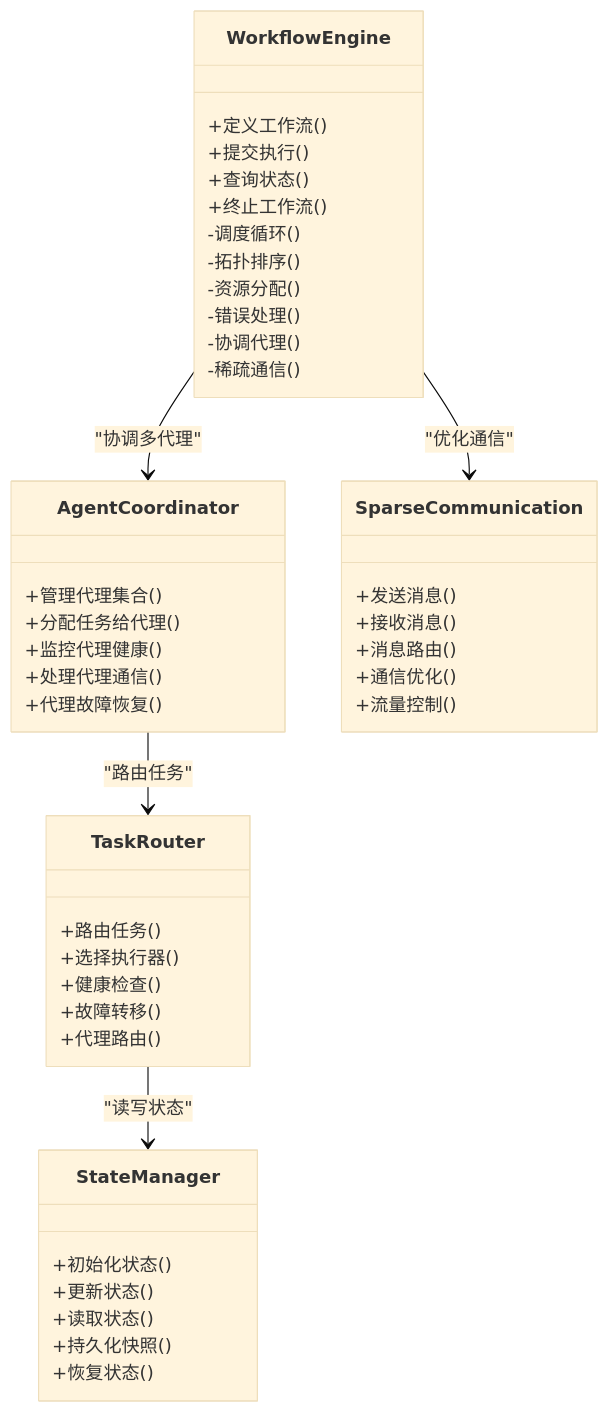
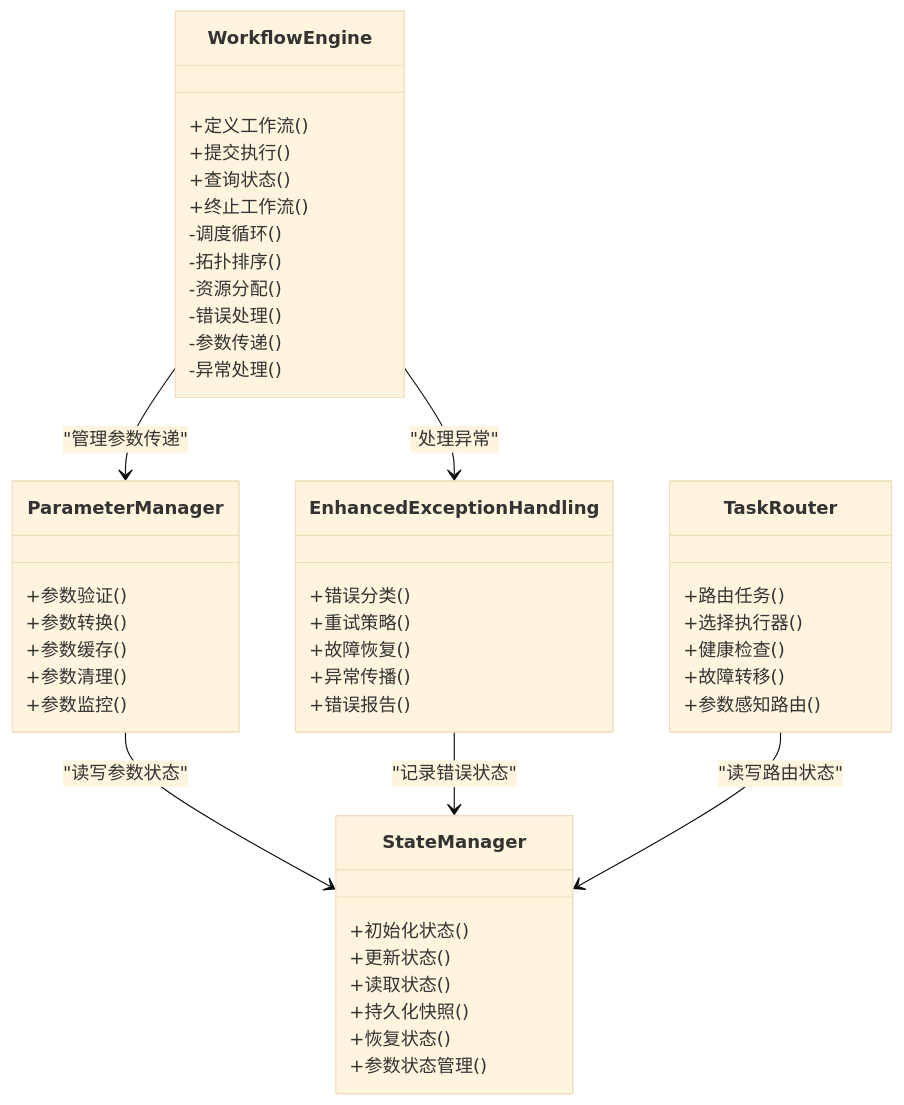
Before and after one commit to QuStarry/VIB-SparseCommunication: the third of 6 diagrams in .qoder/repowiki/zh/content/核心架构/工作流引擎.md, drawn with Mermaid (base theme). The commit also changed other lines of this file and 31 other files, not shown here.

````diff
--- a/.qoder/repowiki/zh/content/核心架构/工作流引擎.md
+++ b/.qoder/repowiki/zh/content/核心架构/工作流引擎.md
@@ -253,47 +254,49 @@
 ```mermaid
 classDiagram
 class WorkflowEngine {
 +定义工作流()
 +提交执行()
 +查询状态()
 +终止工作流()
 -调度循环()
 -拓扑排序()
 -资源分配()
 -错误处理()
--协调代理()
--稀疏通信()
+-参数传递()
+-异常处理()
 }
-class AgentCoordinator {
-+管理代理集合()
-+分配任务给代理()
-+监控代理健康()
-+处理代理通信()
-+代理故障恢复()
+class ParameterManager {
++参数验证()
++参数转换()
++参数缓存()
++参数清理()
++参数监控()
 }
-class SparseCommunication {
-+发送消息()
-+接收消息()
-+消息路由()
-+通信优化()
-+流量控制()
+class EnhancedExceptionHandling {
++错误分类()
++重试策略()
++故障恢复()
++异常传播()
++错误报告()
 }
 class StateManager {
 +初始化状态()
 +更新状态()
 +读取状态()
 +持久化快照()
 +恢复状态()
++参数状态管理()
 }
 class TaskRouter {
 +路由任务()
 +选择执行器()
 +健康检查()
 +故障转移()
-+代理路由()
++参数感知路由()
 }
-WorkflowEngine --> AgentCoordinator : "协调多代理"
-WorkflowEngine --> SparseCommunication : "优化通信"
-AgentCoordinator --> TaskRouter : "路由任务"
-TaskRouter --> StateManager : "读写状态"
+WorkflowEngine --> ParameterManager : "管理参数传递"
+WorkflowEngine --> EnhancedExceptionHandling : "处理异常"
+ParameterManager --> StateManager : "读写参数状态"
+EnhancedExceptionHandling --> StateManager : "记录错误状态"
+TaskRouter --> StateManager : "读写路由状态"
 ```
````
